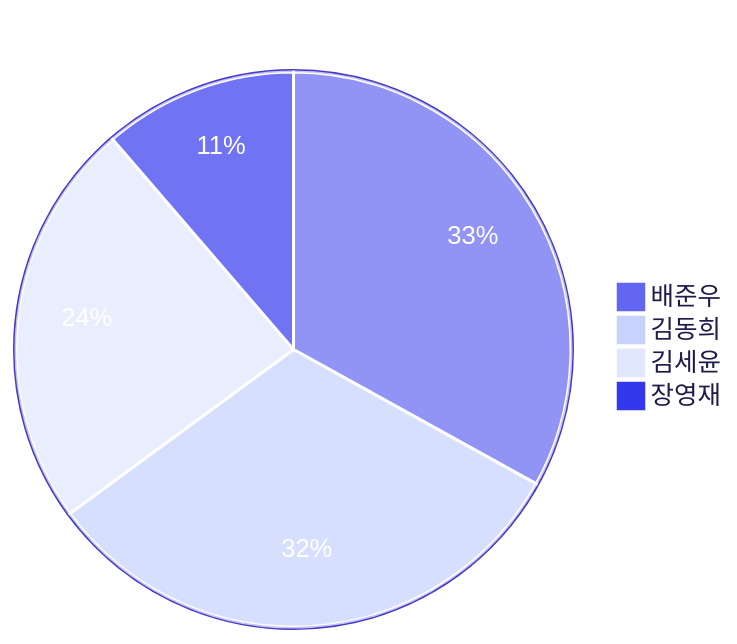
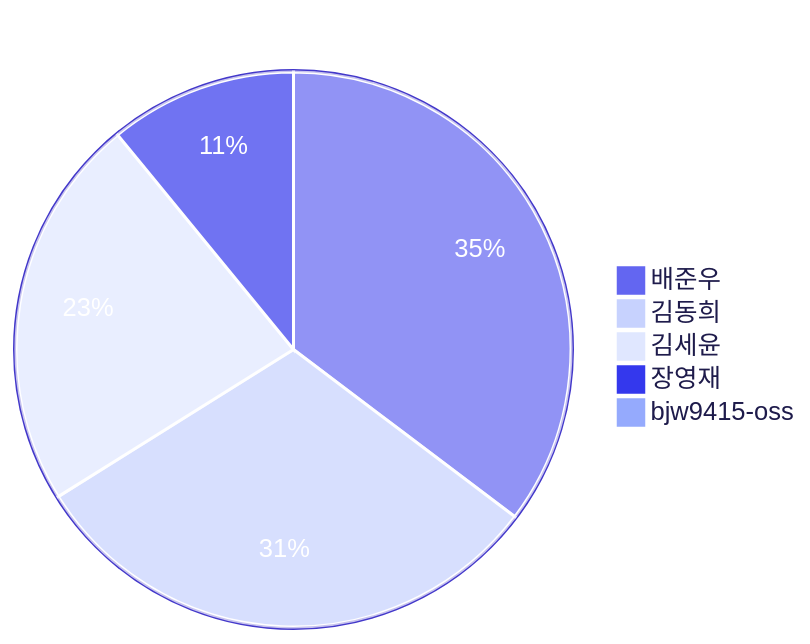
Before and after one commit to 3rd-project-team-1/ALYAC-market-team1: the third of 4 diagrams in README.md, drawn with Mermaid. The commit also changed other lines of this file, not shown here.

````diff
--- a/README.md
+++ b/README.md
@@ -430,17 +430,18 @@
 ```mermaid
 %%{init: { 'theme': 'base', 'themeVariables': {
   'primaryColor': '#6366f1',
   'primaryTextColor': '#ffffff',
   'primaryBorderColor': '#4338ca',
   'secondaryColor': '#c7d2fe',
   'tertiaryColor': '#e0e7ff',
   'pieLegendTextColor': '#1e1b4b',
   'pieStrokeColor': '#ffffff',
   'pieOuterStrokeColor': '#4338ca'
 } } }%%
 pie title 기여자별 커밋 수
-  "배준우" : 228
+  "배준우" : 252
   "김동희" : 220
   "김세윤" : 164
   "장영재" : 78
+  "bjw9415-oss" : 1
 ```
````
